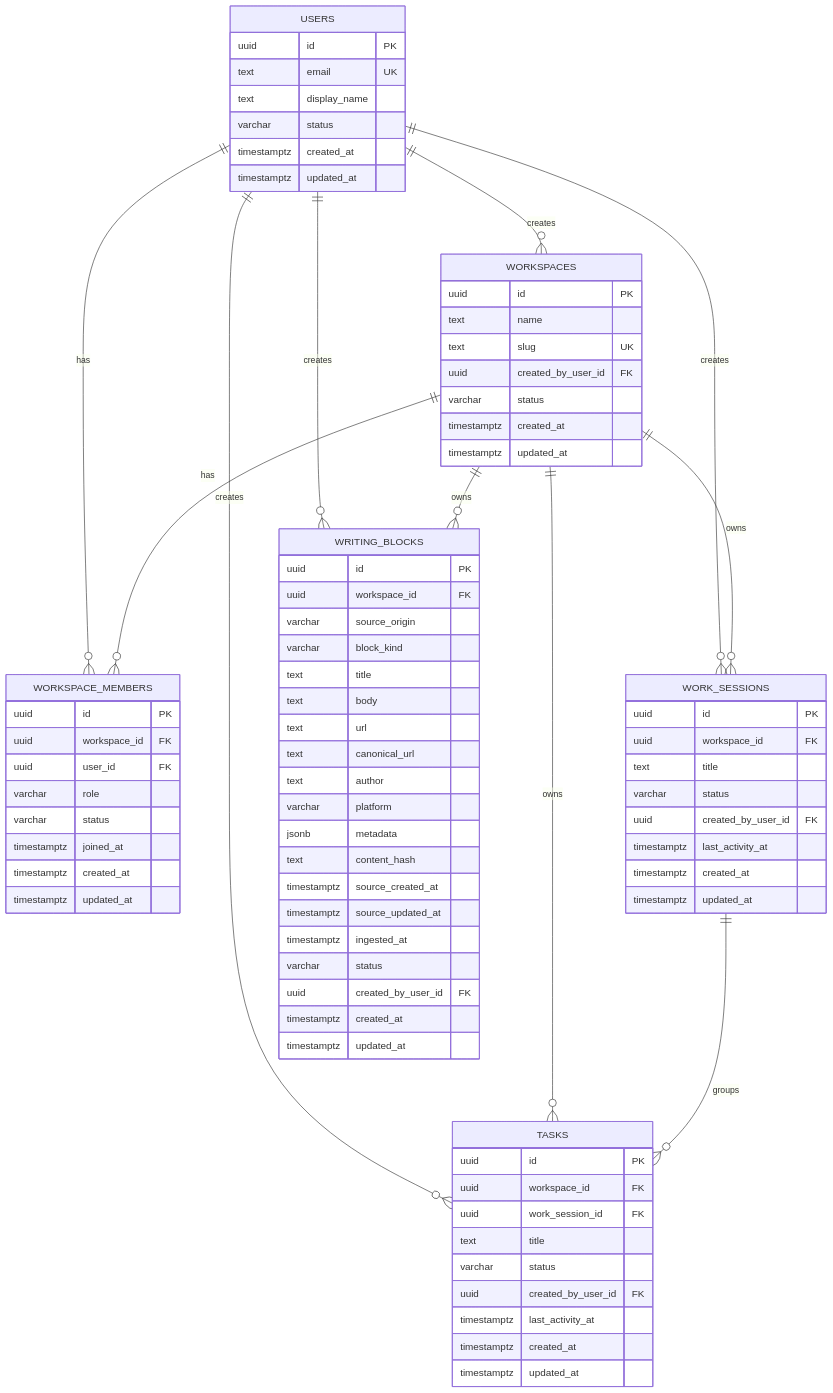
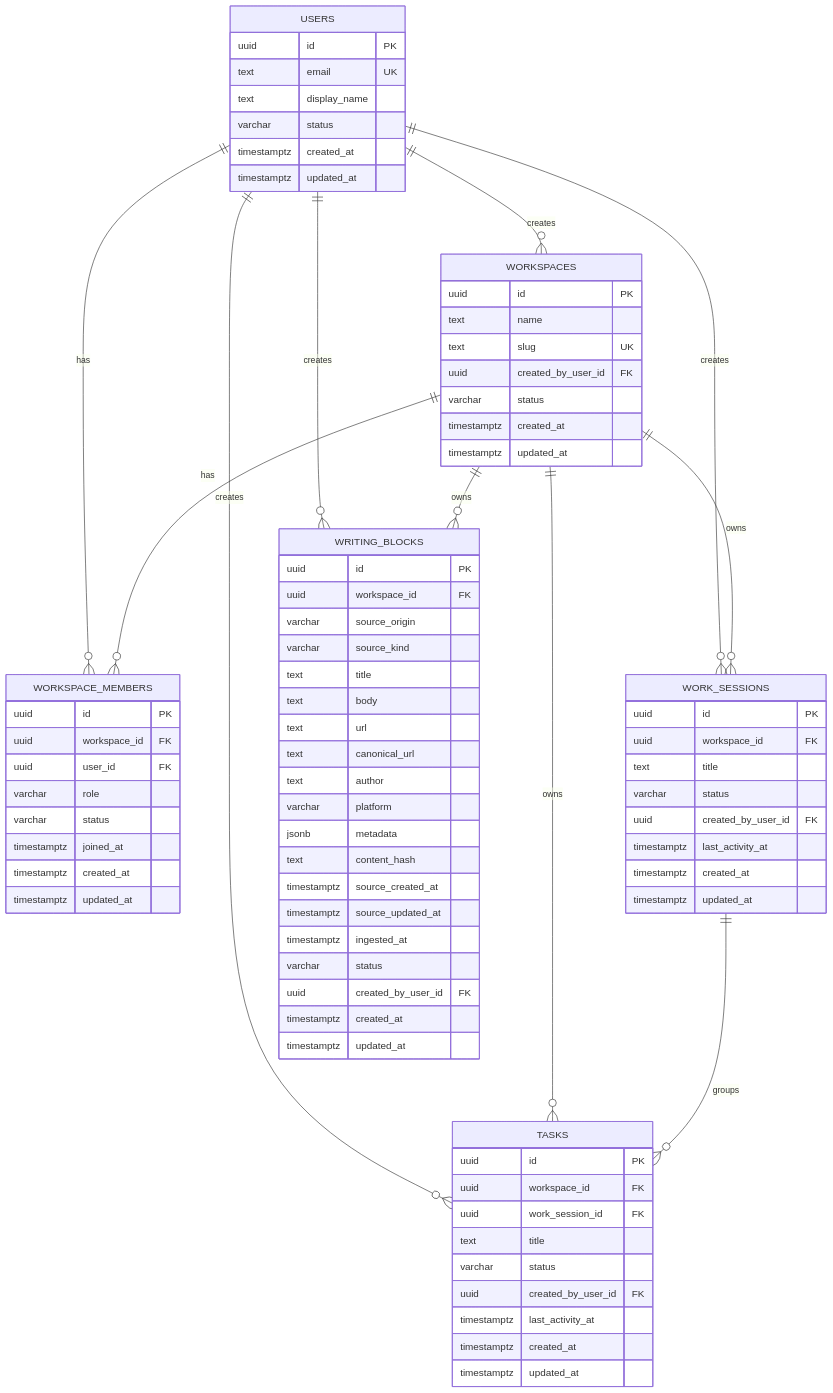
One commit to plot-labs/plot changed the second of 2 diagrams in docs/specs/2026-07-04-api-domain-foundation-design.md. Above: the diagram before and after it, drawn with Mermaid. The commit also changed other lines of this file and 2 other files, not shown here.

Commit message:
docs: rename writing block kind to source kind

```diff
--- a/docs/specs/2026-07-04-api-domain-foundation-design.md
+++ b/docs/specs/2026-07-04-api-domain-foundation-design.md
@@ -281,7 +281,7 @@
         uuid id PK
         uuid workspace_id FK
         varchar source_origin
-        varchar block_kind
+        varchar source_kind
         text title
         text body
         text url
```
